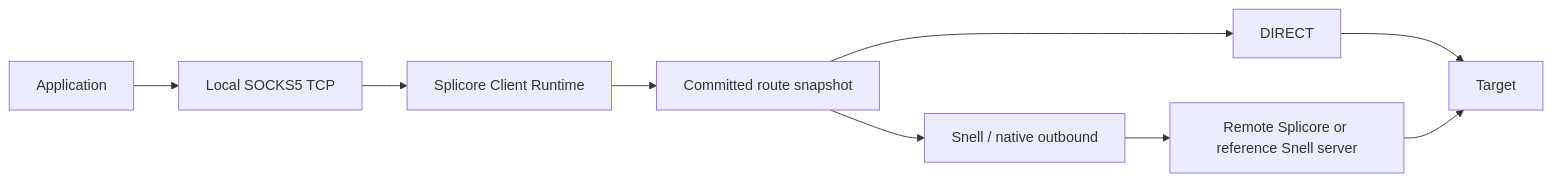
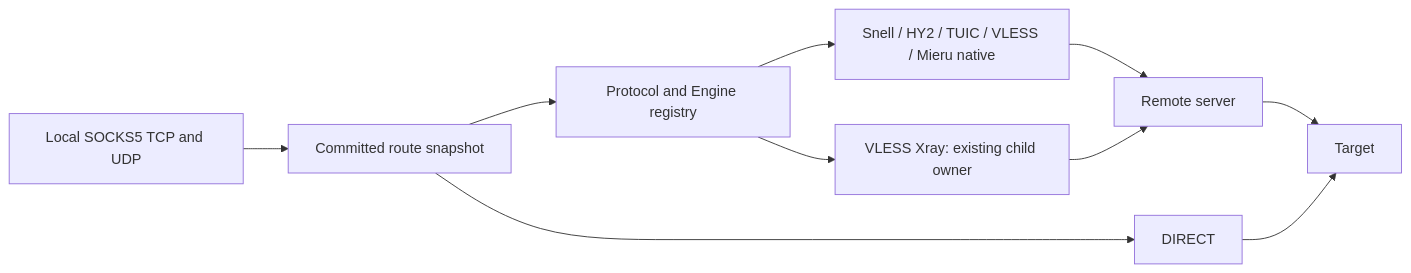
The diagram in docs/architecture/CLIENT_RUNTIME.md (ike-sh/Splicore), drawn with Mermaid before and after one commit. The commit also changed other lines of this file and 69 other files, not shown here.

Commit message:
feat(client): expand protocol outbounds and SOCKS UDP

````diff
--- a/docs/architecture/CLIENT_RUNTIME.md
+++ b/docs/architecture/CLIENT_RUNTIME.md
@@ -16,11 +16,12 @@
 ```mermaid
 flowchart LR
-    App[Application] --> SOCKS[Local SOCKS5 TCP]
-    SOCKS --> Client[Splicore Client Runtime]
-    Client --> Route[Committed route snapshot]
-    Route --> Direct[DIRECT]
-    Route --> Native[Snell / native outbound]
-    Native --> Remote[Remote Splicore or reference Snell server]
-    Direct --> Target[Target]
-    Remote --> Target
+    SOCKS[Local SOCKS5 TCP and UDP] --> Snapshot[Committed route snapshot]
+    Snapshot --> Direct[DIRECT]
+    Snapshot --> Registry[Protocol and Engine registry]
+    Registry --> Native[Snell / HY2 / TUIC / VLESS / Mieru native]
+    Registry --> Xray[VLESS Xray: existing child owner]
+    Native --> Remote[Remote server]
+    Xray --> Remote
+    Remote --> Target[Target]
+    Direct --> Target
 ```
````
